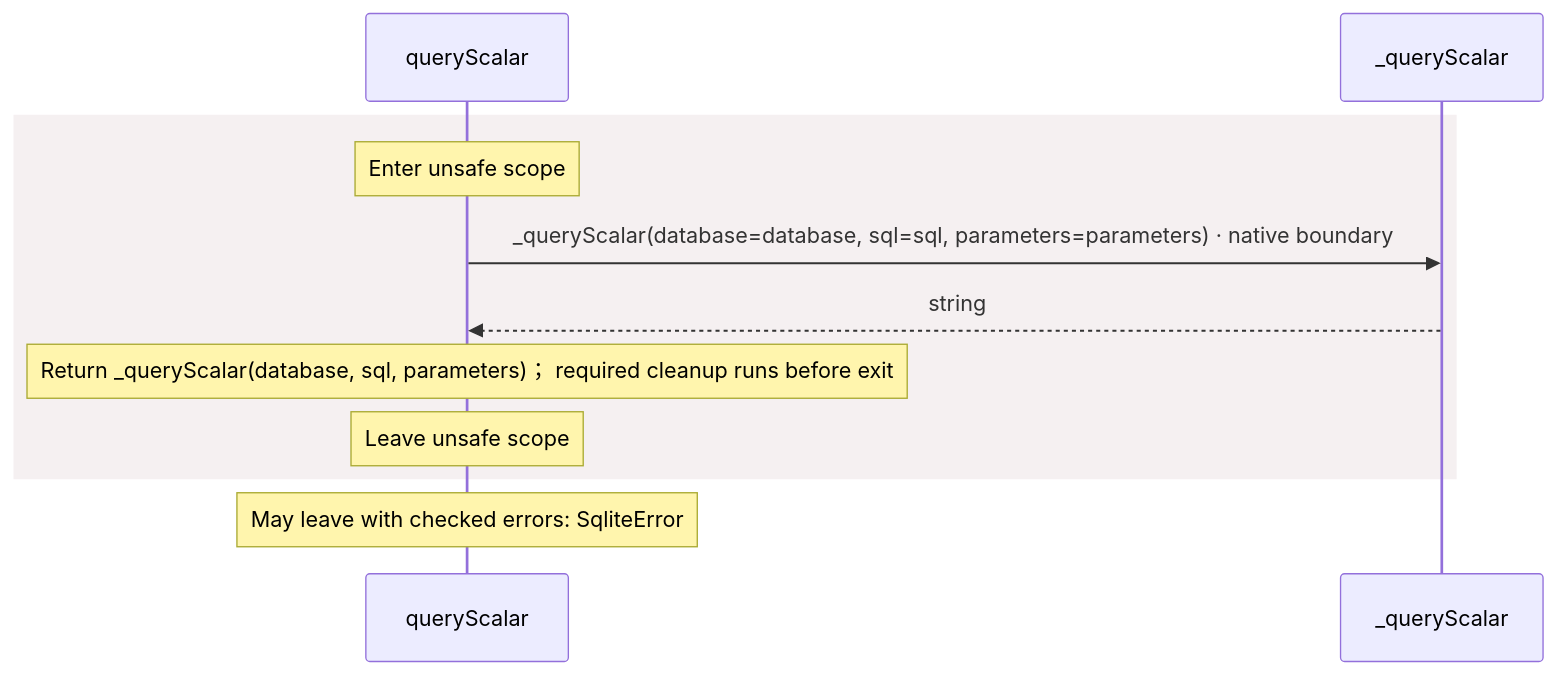
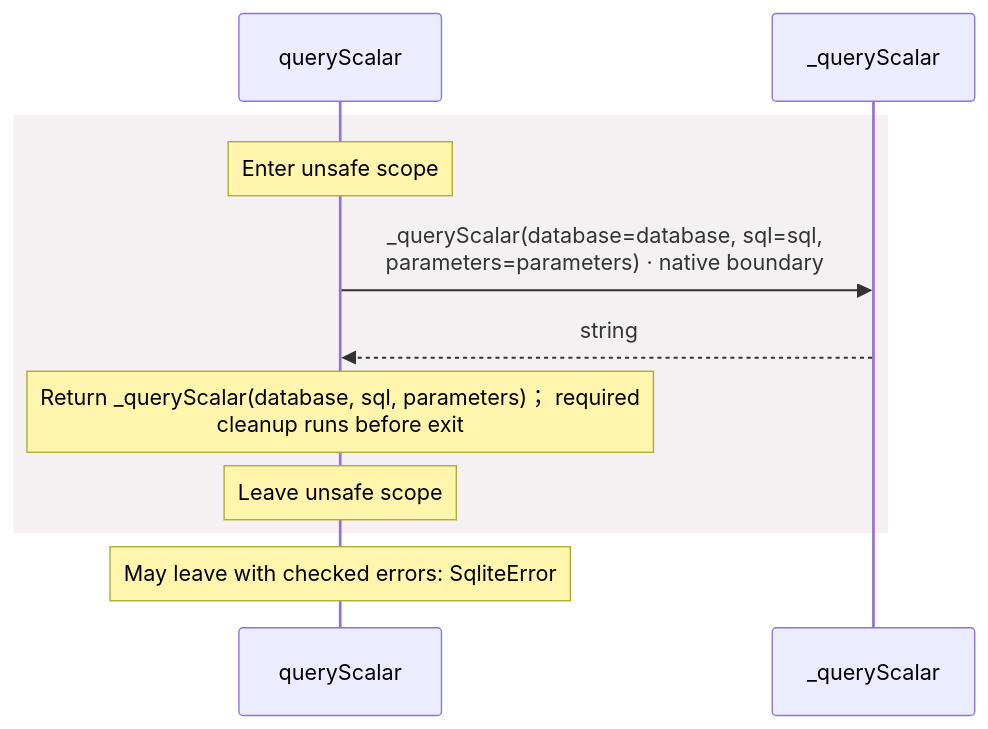
One commit to GreenPandaStudios/augscript changed the seventh of 7 diagrams in docs/examples/native-sqlite/dependencies/packages/@greenpandastudios/aug-sqlite/0.1.5/api-diagrams.md. Above: the diagram before and after it, drawn with Mermaid. The commit also changed other lines of this file and 200 other files, not shown here.

Commit message:
Group imported operations and wrap readable sequence messages

````diff
--- a/docs/examples/native-sqlite/dependencies/packages/@greenpandastudios/aug-sqlite/0.1.5/api-diagrams.md
+++ b/docs/examples/native-sqlite/dependencies/packages/@greenpandastudios/aug-sqlite/0.1.5/api-diagrams.md
@@ -171,13 +171,13 @@
 ```mermaid
 sequenceDiagram
     participant p0 as queryScalar
     participant p1 as _queryScalar
     rect rgb(245, 240, 241)
     Note over p0: Enter unsafe scope
-    p0->>p1: _queryScalar(database=database, sql=sql, parameters=parameters) · native boundary
+    p0->>p1: _queryScalar(database=database, sql=sql,<br/>parameters=parameters) · native boundary
     p1-->>p0: string
-    Note over p0: Return _queryScalar(database, sql, parameters)； required cleanup runs before exit
+    Note over p0: Return _queryScalar(database, sql, parameters)； required<br/>cleanup runs before exit
     Note over p0: Leave unsafe scope
     end
     Note over p0: May leave with checked errors: SqliteError
 ```
````
